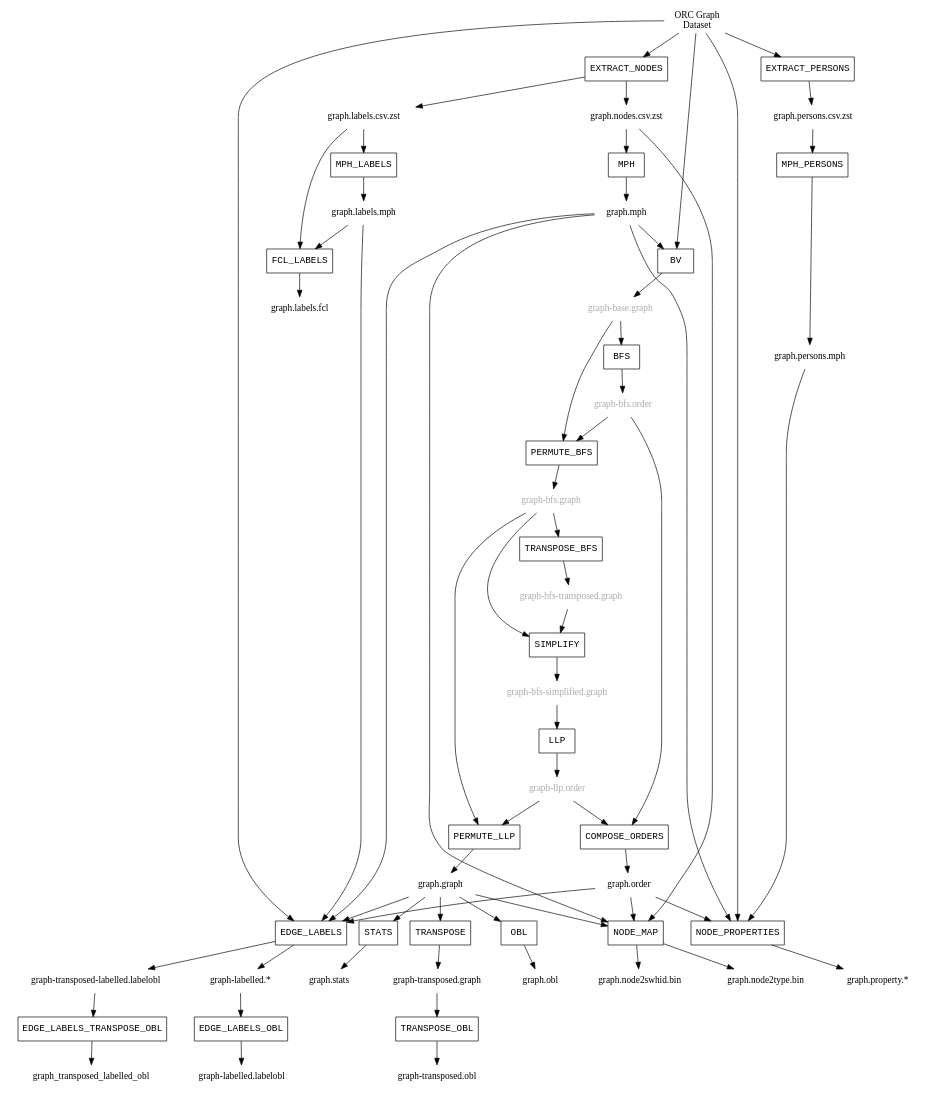
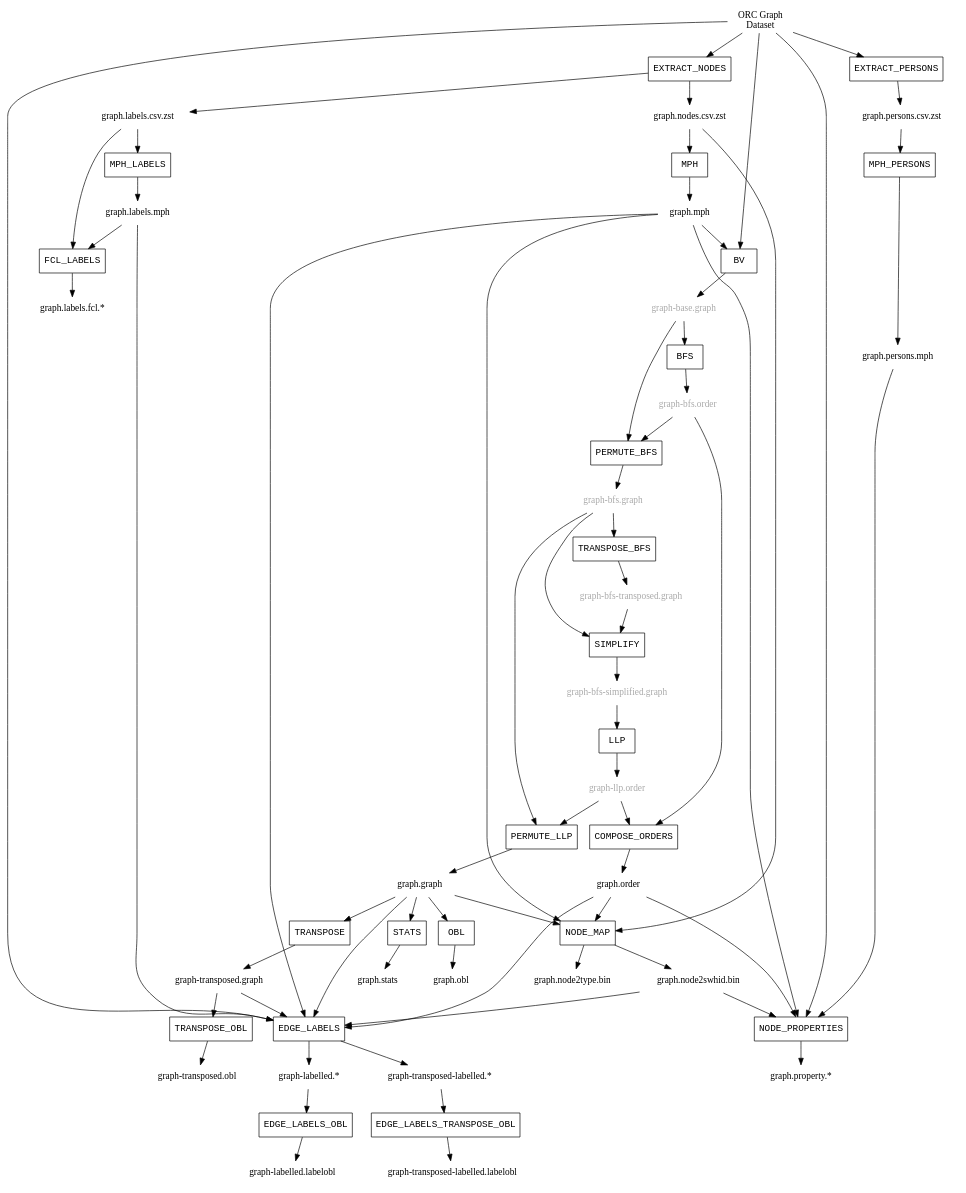
The diagram in docs/images/compression_steps.dot (SoftwareHeritage/swh-graph), drawn with Graphviz before and after one commit.

Commit message:
docs/compression: Fix inaccuracies in the dependency graph

```diff
--- a/docs/images/compression_steps.dot
+++ b/docs/images/compression_steps.dot
@@ -1,111 +1,114 @@
 digraph "Compression steps" {
     node [shape = none];
 
     orc_dataset [label="ORC Graph\nDataset"];
     nodes_csv [label="graph.nodes.csv.zst"];
     labels_csv [label="graph.labels.csv.zst"];
     graph_mph [label="graph.mph"];
 
     subgraph {
         node [fontcolor=darkgray];
         graph_base [label="graph-base.graph"]
         graph_bfs_order [label="graph-bfs.order"]
         graph_bfs [label="graph-bfs.graph"]
         graph_bfs_transposed [label="graph-bfs-transposed.graph"]
         graph_bfs_simplified [label="graph-bfs-simplified.graph"]
         graph_llp_order [label="graph-llp.order"]
     }
 
     graph_llp [label="graph.graph"]
     graph_llp_transposed [label="graph-transposed.graph"]
     graph_order [label="graph.order"]
     graph_obl [label="graph.obl"]
     graph_transposed_obl [label="graph-transposed.obl"]
     stats [label="graph.stats"]
     swhidmap [label="graph.node2swhid.bin"]
     typemap [label="graph.node2type.bin"]
     persons_csv [label="graph.persons.csv.zst"];
     persons_mph [label="graph.persons.mph"];
     node_properties [label="graph.property.*"];
     labels_mph [label="graph.labels.mph"];
-    labels_fcl [label="graph.labels.fcl"];
+    labels_fcl [label="graph.labels.fcl.*"];
     graph_labelled [label="graph-labelled.*"];
     graph_transposed_labelled [label="graph-transposed-labelled.*"];
     graph_labelled_obl [label="graph-labelled.labelobl"];
-    graph_transposed_labelled [label="graph-transposed-labelled.labelobl"];
+    graph_transposed_labelled_obl [label="graph-transposed-labelled.labelobl"];
 
     subgraph {
         node [shape=box, fontname="Courier New"];
         EXTRACT_NODES;
         MPH;
         BV;
         BFS;
         PERMUTE_BFS;
         TRANSPOSE_BFS;
         SIMPLIFY;
         LLP;
         PERMUTE_LLP;
         COMPOSE_ORDERS;
         STATS;
         TRANSPOSE;
         OBL;
         TRANSPOSE_OBL;
         NODE_MAP;
         EXTRACT_PERSONS;
         MPH_PERSONS;
         NODE_PROPERTIES;
         MPH_LABELS;
         FCL_LABELS;
         EDGE_LABELS;
         EDGE_LABELS_OBL;
         EDGE_LABELS_TRANSPOSE_OBL;
     }
 
 
     orc_dataset -> EXTRACT_NODES;
     EXTRACT_NODES -> nodes_csv;
     EXTRACT_NODES -> labels_csv;
     nodes_csv -> MPH -> graph_mph;
     graph_mph -> BV;
     orc_dataset -> BV -> graph_base;
     graph_base -> BFS -> graph_bfs_order;
     graph_bfs_order -> PERMUTE_BFS;
     graph_base -> PERMUTE_BFS -> graph_bfs;
     graph_bfs -> TRANSPOSE_BFS -> graph_bfs_transposed;
     graph_bfs_transposed -> SIMPLIFY;
     graph_bfs -> SIMPLIFY -> graph_bfs_simplified;
     graph_bfs_simplified -> LLP -> graph_llp_order;
     graph_llp_order -> PERMUTE_LLP;
     graph_bfs -> PERMUTE_LLP -> graph_llp;
     graph_bfs_order -> COMPOSE_ORDERS;
     graph_llp_order -> COMPOSE_ORDERS -> graph_order;
     graph_llp -> TRANSPOSE -> graph_llp_transposed;
     graph_llp -> OBL -> graph_obl;
     graph_llp_transposed -> TRANSPOSE_OBL -> graph_transposed_obl;
     graph_llp -> STATS -> stats;
     graph_llp -> NODE_MAP;
     nodes_csv -> NODE_MAP;
     graph_mph -> NODE_MAP;
     graph_order -> NODE_MAP;
     NODE_MAP -> swhidmap;
     NODE_MAP -> typemap;
     orc_dataset -> EXTRACT_PERSONS -> persons_csv;
     persons_csv -> MPH_PERSONS -> persons_mph;
     orc_dataset -> NODE_PROPERTIES;
     persons_mph -> NODE_PROPERTIES;
     graph_mph -> NODE_PROPERTIES;
     graph_order -> NODE_PROPERTIES;
+    swhidmap -> NODE_PROPERTIES;
     NODE_PROPERTIES -> node_properties;
     labels_csv -> MPH_LABELS -> labels_mph;
     labels_mph -> FCL_LABELS;
     labels_csv -> FCL_LABELS -> labels_fcl;
     orc_dataset -> EDGE_LABELS;
     labels_mph -> EDGE_LABELS;
     graph_llp -> EDGE_LABELS;
+    graph_llp_transposed -> EDGE_LABELS;
     graph_mph -> EDGE_LABELS;
     graph_order -> EDGE_LABELS;
+    swhidmap -> EDGE_LABELS;
     EDGE_LABELS -> graph_labelled;
     EDGE_LABELS -> graph_transposed_labelled;
     graph_labelled -> EDGE_LABELS_OBL -> graph_labelled_obl;
     graph_transposed_labelled -> EDGE_LABELS_TRANSPOSE_OBL -> graph_transposed_labelled_obl;
 }
```
